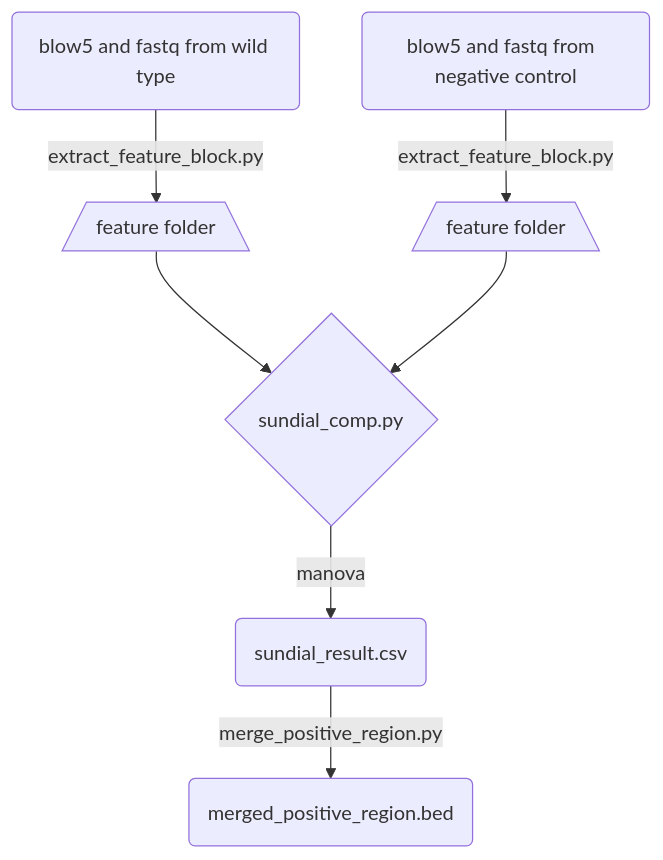
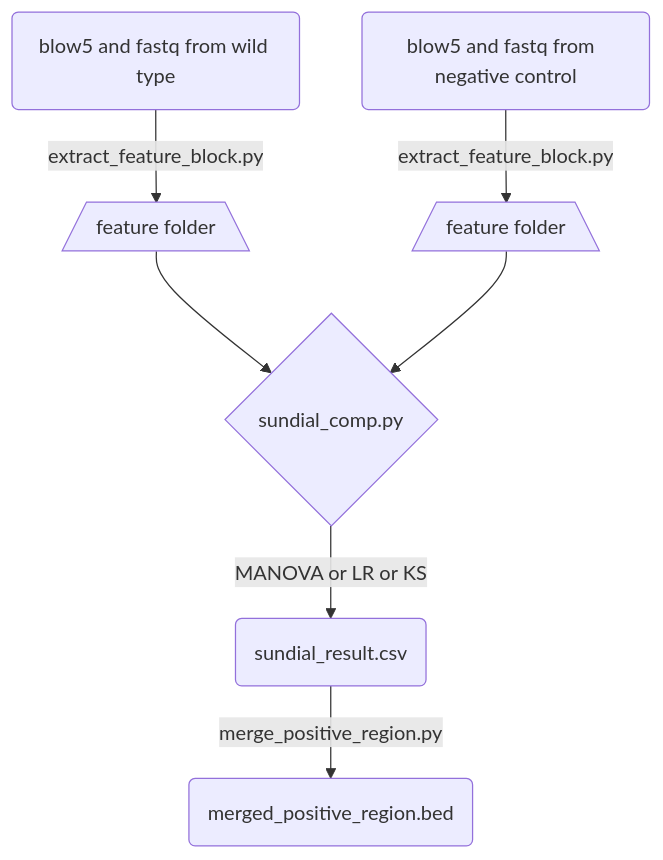
Before and after one commit to lrslab/nanoSundial: the diagram in README.md, drawn with Mermaid.

````diff
--- a/README.md
+++ b/README.md
@@ -57,10 +57,10 @@
 ```mermaid
 graph TD
 	A1(blow5 and fastq from wild type)-->|extract_feature_block.py| C1[/feature folder\]
     A2(blow5 and fastq from  negative control)-->|extract_feature_block.py| C2[/feature folder\]
     C1 --> D{sundial_comp.py} 
     C2 --> D{sundial_comp.py}
-    D{sundial_comp.py} --> |manova| E(sundial_result.csv)
+    D{sundial_comp.py} --> |MANOVA or LR or KS | E(sundial_result.csv)
     E(sundial_result.csv)  --> |merge_positive_region.py| F(merged_positive_region.bed)
     
 ```
````
